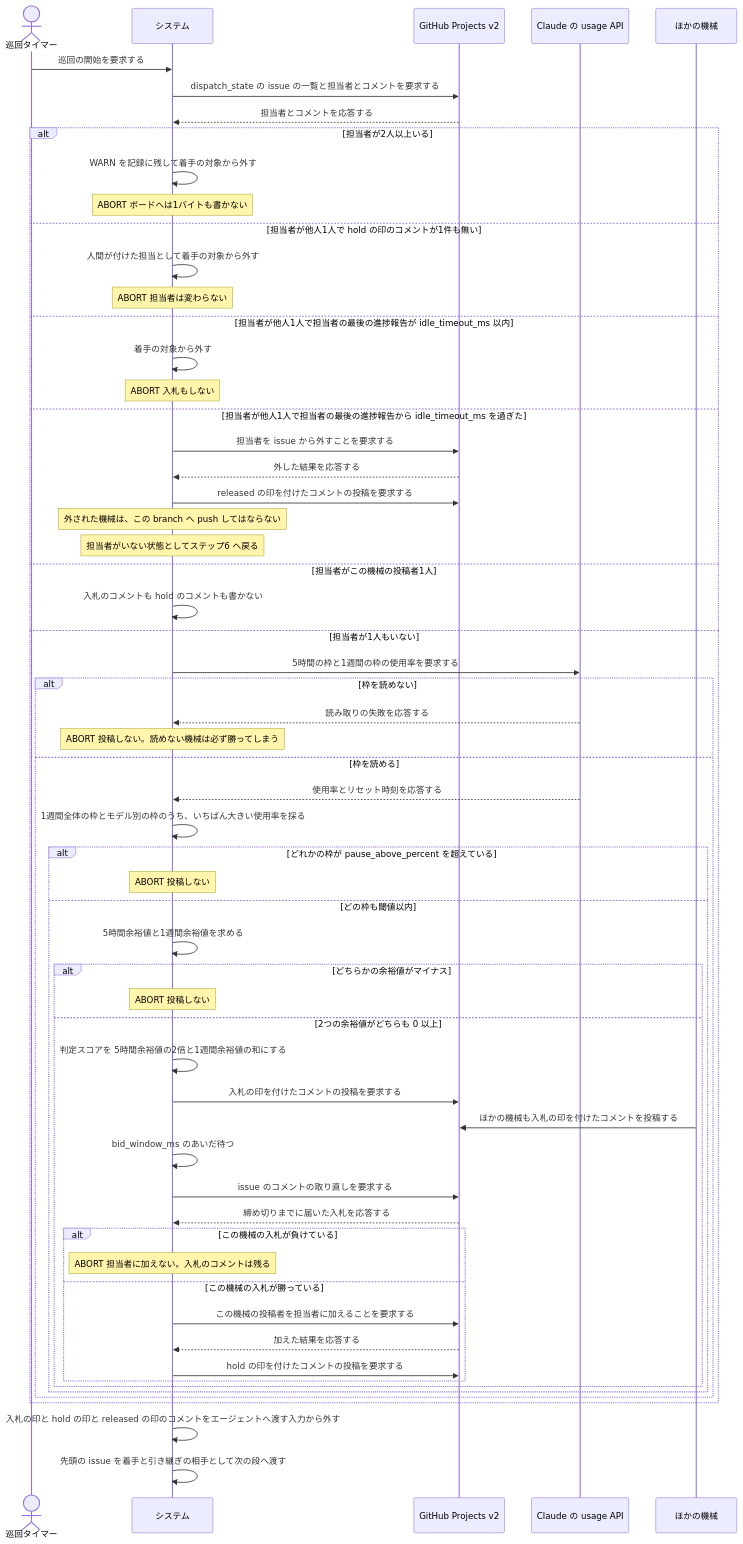
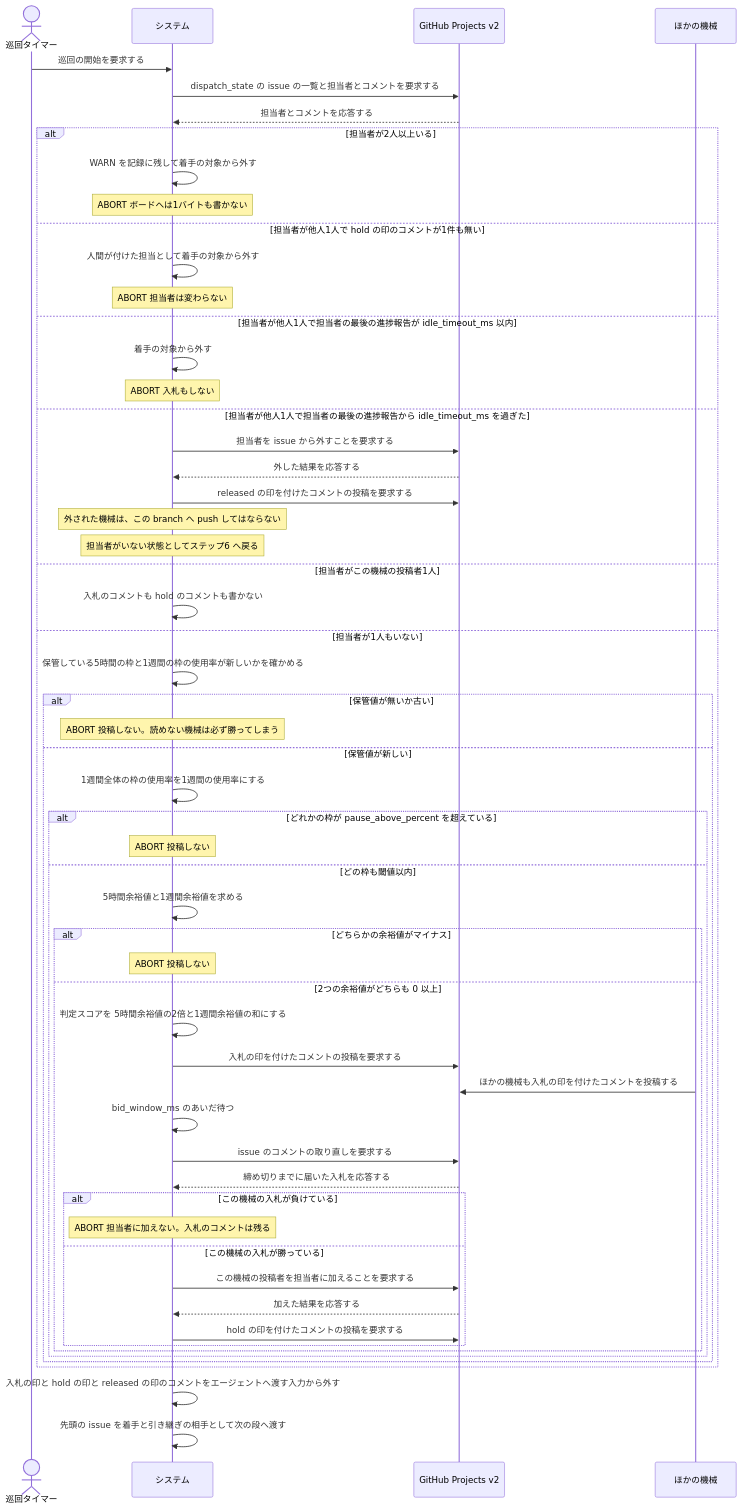
The second of 2 diagrams in docs/spec/usecases/particular_case/issue の担当を入札で決める.rucm.md (maimuzo/continuo), drawn with Mermaid before and after one commit. The commit also changed other lines of this file and 140 other files, not shown here.

First line of the commit message:
使用率の出どころを usage API からステータスラインへ移す 値が古いときは信頼済みの clone で statusline取得を開き、herdr の workspace の開け閉めを1本の loop に通す

````diff
--- a/docs/spec/usecases/particular_case/issue の担当を入札で決める.rucm.md
+++ b/docs/spec/usecases/particular_case/issue の担当を入札で決める.rucm.md
@@ -416,63 +432,60 @@
 ```mermaid
 sequenceDiagram
     actor T as 巡回タイマー
     participant S as システム
     participant GH as GitHub Projects v2
-    participant Q as Claude の usage API
     participant M as ほかの機械
 
     T->>S: 巡回の開始を要求する
     S->>GH: dispatch_state の issue の一覧と担当者とコメントを要求する
     GH-->>S: 担当者とコメントを応答する
     alt 担当者が2人以上いる
         S->>S: WARN を記録に残して着手の対象から外す
         Note over S: ABORT ボードへは1バイトも書かない
     else 担当者が他人1人で hold の印のコメントが1件も無い
         S->>S: 人間が付けた担当として着手の対象から外す
         Note over S: ABORT 担当者は変わらない
     else 担当者が他人1人で担当者の最後の進捗報告が idle_timeout_ms 以内
         S->>S: 着手の対象から外す
         Note over S: ABORT 入札もしない
     else 担当者が他人1人で担当者の最後の進捗報告から idle_timeout_ms を過ぎた
         S->>GH: 担当者を issue から外すことを要求する
         GH-->>S: 外した結果を応答する
         S->>GH: released の印を付けたコメントの投稿を要求する
         Note over S: 外された機械は、この branch へ push してはならない
         Note over S: 担当者がいない状態としてステップ6 へ戻る
     else 担当者がこの機械の投稿者1人
         S->>S: 入札のコメントも hold のコメントも書かない
     else 担当者が1人もいない
-        S->>Q: 5時間の枠と1週間の枠の使用率を要求する
-        alt 枠を読めない
-            Q-->>S: 読み取りの失敗を応答する
+        S->>S: 保管している5時間の枠と1週間の枠の使用率が新しいかを確かめる
+        alt 保管値が無いか古い
             Note over S: ABORT 投稿しない。読めない機械は必ず勝ってしまう
-        else 枠を読める
-            Q-->>S: 使用率とリセット時刻を応答する
-            S->>S: 1週間全体の枠とモデル別の枠のうち、いちばん大きい使用率を採る
+        else 保管値が新しい
+            S->>S: 1週間全体の枠の使用率を1週間の使用率にする
             alt どれかの枠が pause_above_percent を超えている
                 Note over S: ABORT 投稿しない
             else どの枠も閾値以内
                 S->>S: 5時間余裕値と1週間余裕値を求める
                 alt どちらかの余裕値がマイナス
                     Note over S: ABORT 投稿しない
                 else 2つの余裕値がどちらも 0 以上
                     S->>S: 判定スコアを 5時間余裕値の2倍と1週間余裕値の和にする
                     S->>GH: 入札の印を付けたコメントの投稿を要求する
                     M->>GH: ほかの機械も入札の印を付けたコメントを投稿する
                     S->>S: bid_window_ms のあいだ待つ
                     S->>GH: issue のコメントの取り直しを要求する
                     GH-->>S: 締め切りまでに届いた入札を応答する
                     alt この機械の入札が負けている
                         Note over S: ABORT 担当者に加えない。入札のコメントは残る
                     else この機械の入札が勝っている
                         S->>GH: この機械の投稿者を担当者に加えることを要求する
                         GH-->>S: 加えた結果を応答する
                         S->>GH: hold の印を付けたコメントの投稿を要求する
                     end
                 end
             end
         end
     end
     S->>S: 入札の印と hold の印と released の印のコメントをエージェントへ渡す入力から外す
     S->>S: 先頭の issue を着手と引き継ぎの相手として次の段へ渡す
 ```
````
